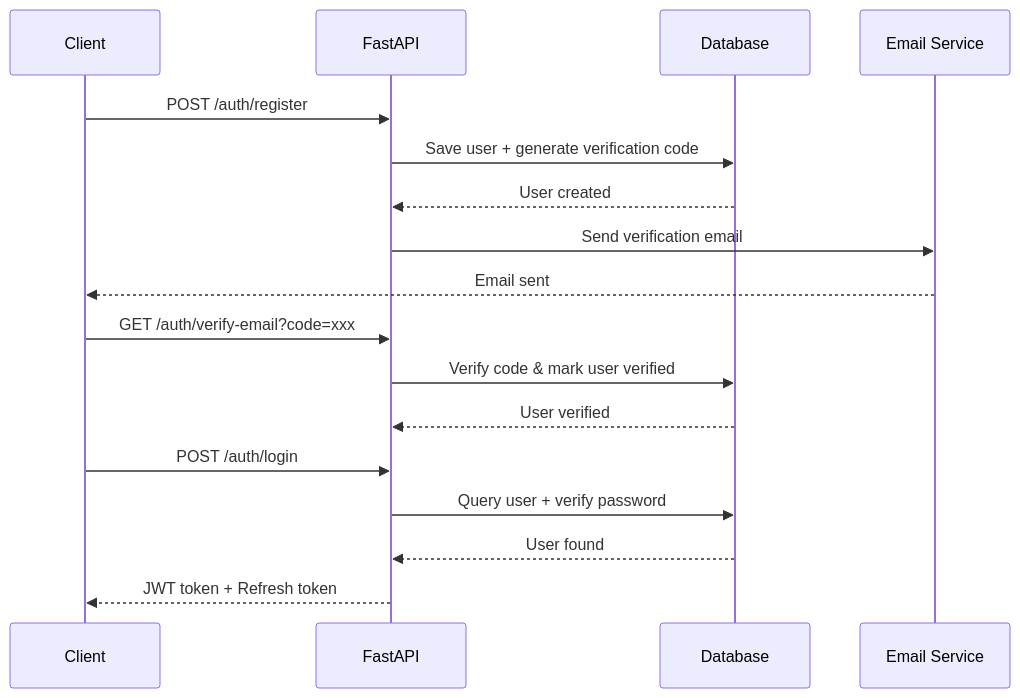
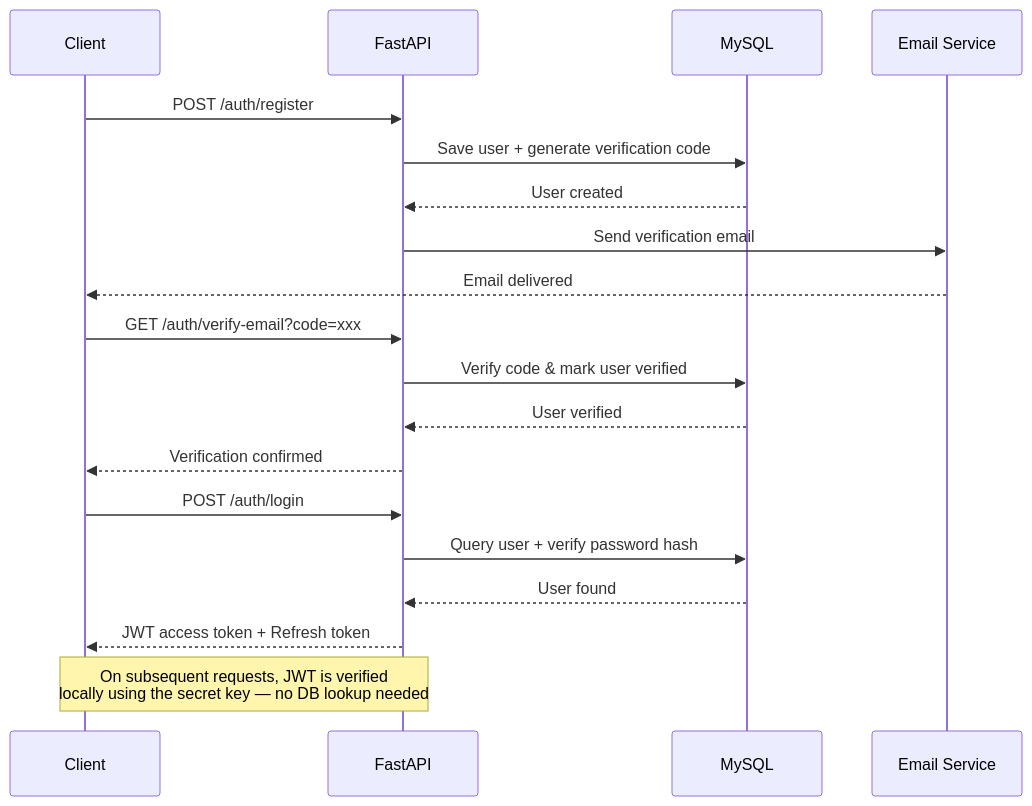
The second of 4 diagrams in ARCHITECTURE.md (fara77ezma/Leader-Board-Real-Time-System), drawn with Mermaid before and after one commit. The commit also changed other lines of this file and 6 other files, not shown here.

Commit message:
Revise architecture document for clarity and accuracy (#8)

````diff
--- a/ARCHITECTURE.md
+++ b/ARCHITECTURE.md
@@ -64,22 +64,25 @@
 ```mermaid
 sequenceDiagram
     participant Client
     participant API as FastAPI
-    participant DB as Database
+    participant DB as MySQL
     participant Mail as Email Service
     
     Client->>API: POST /auth/register
     API->>DB: Save user + generate verification code
     DB-->>API: User created
     API->>Mail: Send verification email
-    Mail-->>Client: Email sent
+    Mail-->>Client: Email delivered
     
     Client->>API: GET /auth/verify-email?code=xxx
     API->>DB: Verify code & mark user verified
     DB-->>API: User verified
+    API-->>Client: Verification confirmed
     
     Client->>API: POST /auth/login
-    API->>DB: Query user + verify password
+    API->>DB: Query user + verify password hash
     DB-->>API: User found
-    API-->>Client: JWT token + Refresh token
+    API-->>Client: JWT access token + Refresh token
+    
+    Note over Client,API: On subsequent requests, JWT is verified<br/>locally using the secret key — no DB lookup needed
 ```
````
